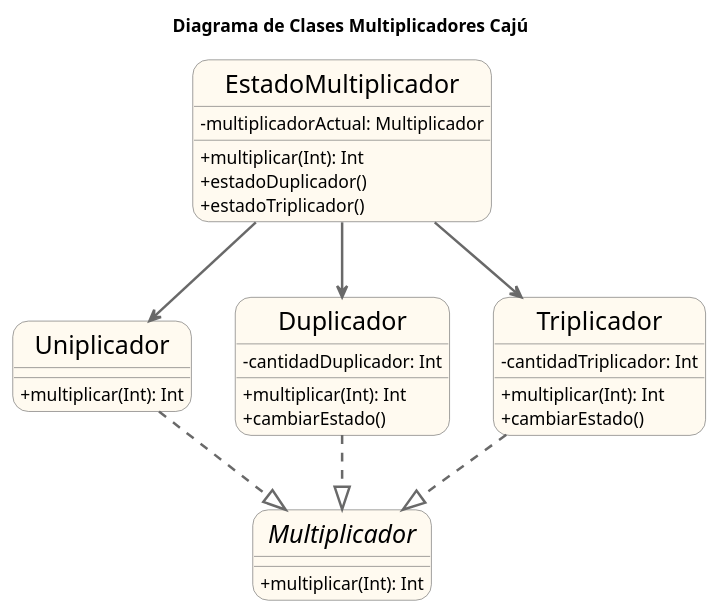
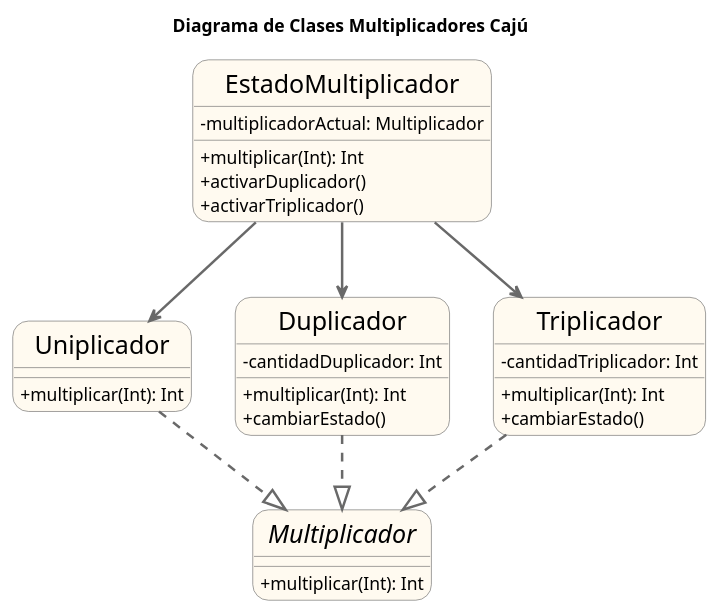
The diagram in UML/Diagrama de clases/diagramaDeClasesMultiplicadores.puml (fvazquezf/TP_2_Algo_3), drawn with PlantUML before and after one commit. The commit also changed 16 other files, not shown here.

```diff
--- a/UML/Diagrama de clases/diagramaDeClasesMultiplicadores.puml
+++ b/UML/Diagrama de clases/diagramaDeClasesMultiplicadores.puml
@@ -1,51 +1,51 @@
 @startuml TP2
 
 title Diagrama de Clases Multiplicadores Cajú
 
 hide circle
 skinparam classAttributeIconSize 0
 skinparam roundcorner 25
 skinparam sequenceArrowThickness 2
 skinparam classFontSize 20
 
 skinparam class {
 BackgroundColor FloralWhite
 ArrowColor DimGray
 BorderColor DimGray
 }
 interface Multiplicador{
         + multiplicar(Int): Int
 }
 
 class Uniplicador{
         + multiplicar(Int): Int
 }
 
 class Duplicador{
         - cantidadDuplicador: Int
         + multiplicar(Int): Int
         + cambiarEstado()
 }
 
 class Triplicador{
         - cantidadTriplicador: Int
         + multiplicar(Int): Int
         + cambiarEstado()
 }
 
 class EstadoMultiplicador{
         - multiplicadorActual: Multiplicador
         + multiplicar(Int): Int
-        + estadoDuplicador()
-        + estadoTriplicador()
+        + activarDuplicador()
+        + activarTriplicador()
 }
 
 Uniplicador ..|> Multiplicador
 Duplicador ..|> Multiplicador
 Triplicador ..|> Multiplicador
 EstadoMultiplicador --> Uniplicador
 EstadoMultiplicador --> Duplicador
 EstadoMultiplicador --> Triplicador
 
 
 @enduml
```
